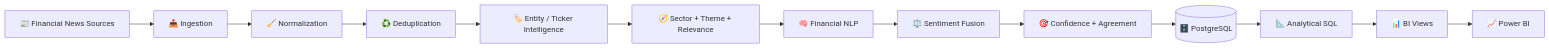
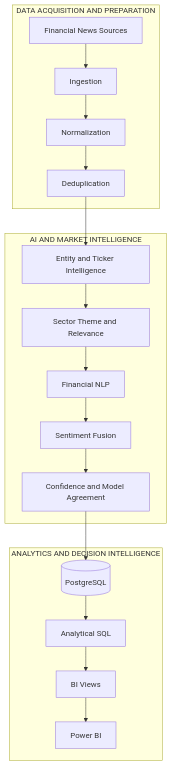
Before and after one commit to SavitaGanapati/AI-Stock-Sentiment-Analytics: the first of 2 diagrams in README.md, drawn with Mermaid. The commit also changed other lines of this file, not shown here.

Commit message:
docs: refine architecture and add references

````diff
--- a/README.md
+++ b/README.md
@@ -154,18 +156,34 @@
 ```mermaid
-flowchart LR
-    A["📰 Financial News Sources"]
-    B["📥 Ingestion"]
-    C["🧹 Normalization"]
-    D["♻️ Deduplication"]
-    E["🏷️ Entity / Ticker Intelligence"]
-    F["🧭 Sector + Theme + Relevance"]
-    G["🧠 Financial NLP"]
-    H["⚖️ Sentiment Fusion"]
-    I["🎯 Confidence + Agreement"]
-    J[("🗄️ PostgreSQL")]
-    K["📐 Analytical SQL"]
-    L["📊 BI Views"]
-    M["📈 Power BI"]
+flowchart TB
 
-    A --> B --> C --> D --> E --> F --> G --> H --> I --> J --> K --> L --> M
+    subgraph DATA["DATA ACQUISITION AND PREPARATION"]
+        A[Financial News Sources]
+        B[Ingestion]
+        C[Normalization]
+        D[Deduplication]
+
+        A --> B --> C --> D
+    end
+
+    subgraph INTELLIGENCE["AI AND MARKET INTELLIGENCE"]
+        E[Entity and Ticker Intelligence]
+        F[Sector Theme and Relevance]
+        G[Financial NLP]
+        H[Sentiment Fusion]
+        I[Confidence and Model Agreement]
+
+        E --> F --> G --> H --> I
+    end
+
+    subgraph ANALYTICS["ANALYTICS AND DECISION INTELLIGENCE"]
+        J[(PostgreSQL)]
+        K[Analytical SQL]
+        L[BI Views]
+        M[Power BI]
+
+        J --> K --> L --> M
+    end
+
+    D --> E
+    I --> J
 ```
````
